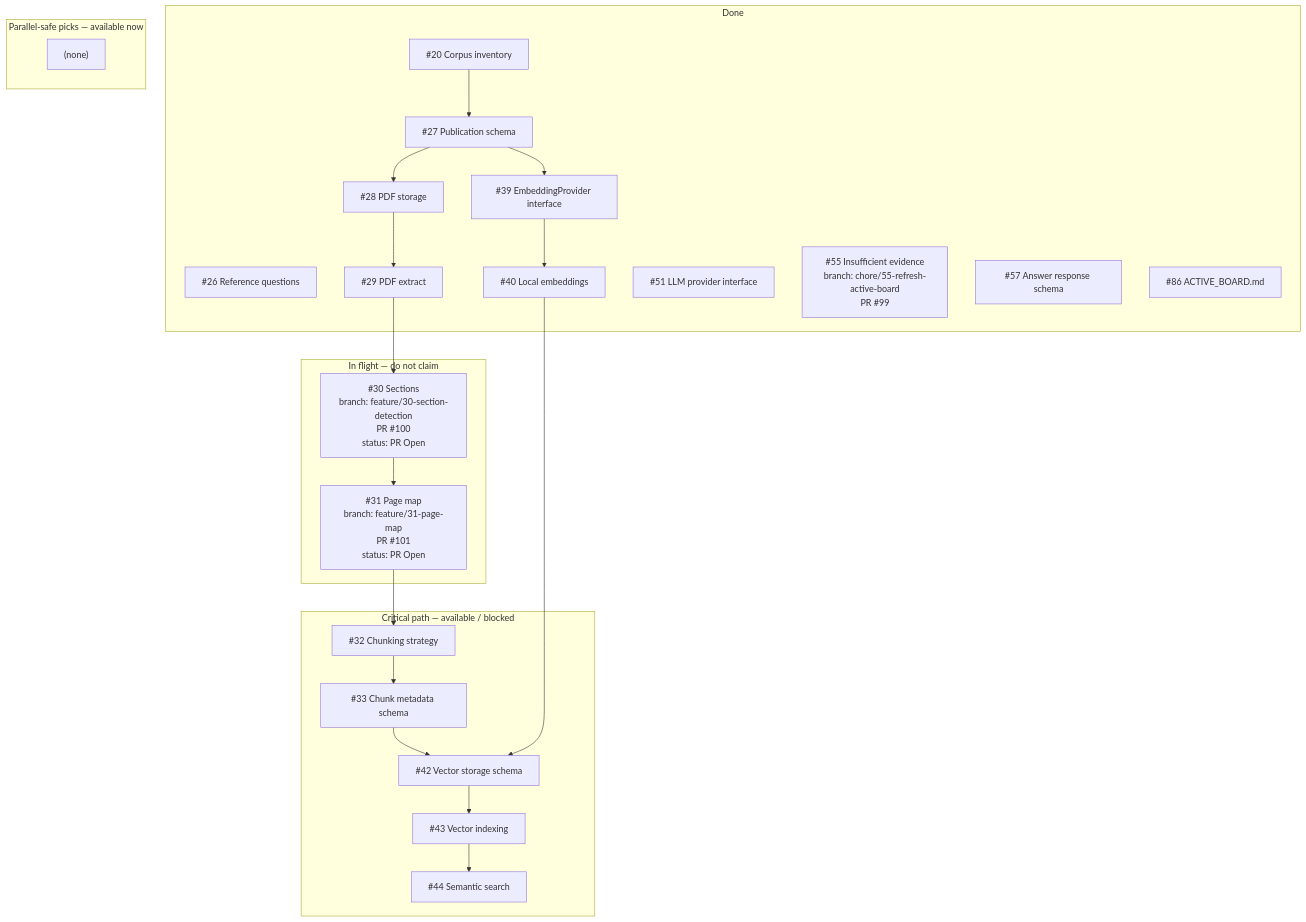
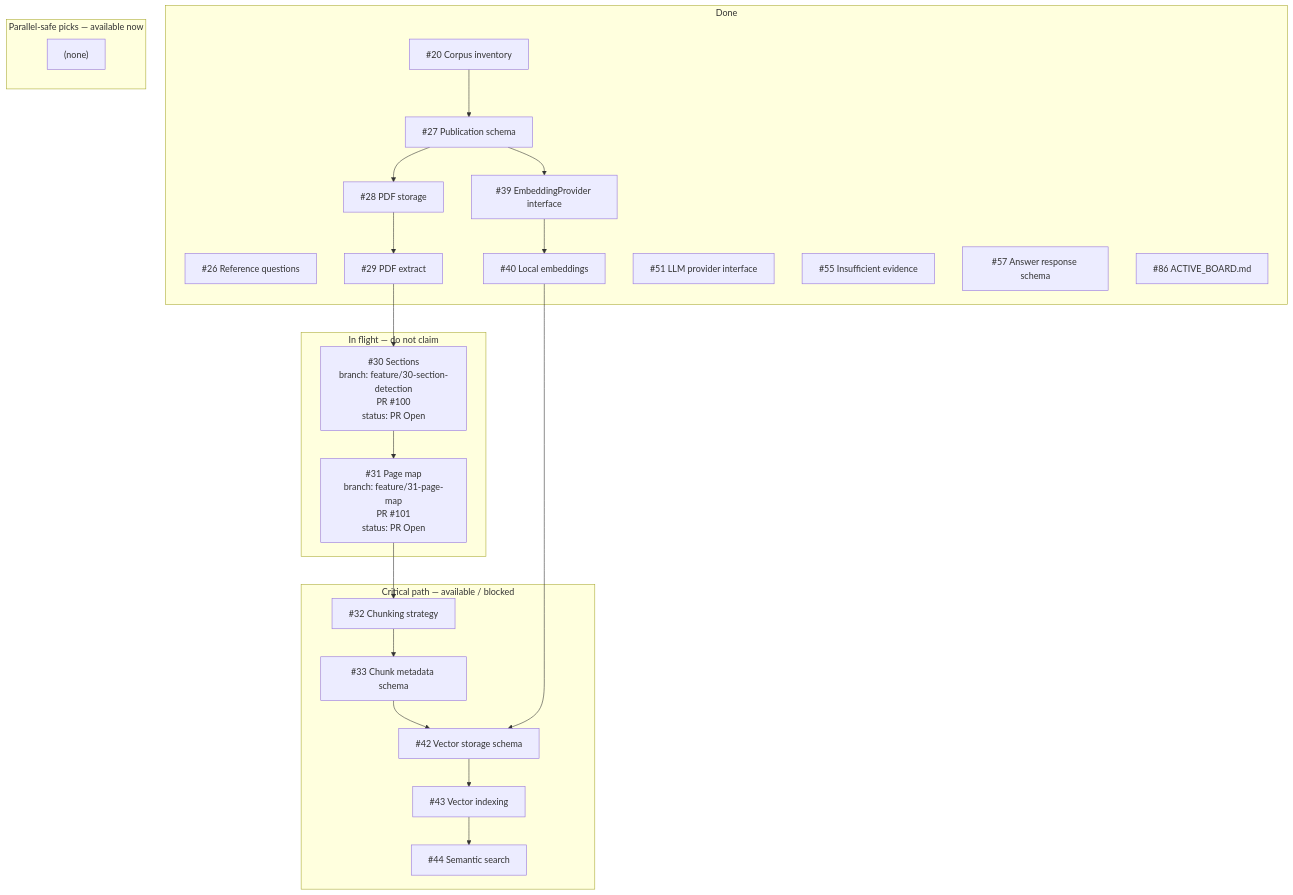
One commit to bluefate/spacebio-evidence-engine changed the diagram in docs/development/ACTIVE_BOARD.md. Above: the diagram before and after it, drawn with Mermaid. The commit also changed 5 other files, not shown here.

````diff
--- a/docs/development/ACTIVE_BOARD.md
+++ b/docs/development/ACTIVE_BOARD.md
@@ -61,43 +61,43 @@
 ```mermaid
 flowchart TB
   subgraph done [Done]
     i20["#20 Corpus inventory"]
     i26["#26 Reference questions"]
     i27["#27 Publication schema"]
     i28["#28 PDF storage"]
     i29["#29 PDF extract"]
     i39["#39 EmbeddingProvider interface"]
     i40["#40 Local embeddings"]
     i51["#51 LLM provider interface"]
-    i55["#55 Insufficient evidence<br/>branch: chore/55-refresh-active-board<br/>PR #99"]
+    i55["#55 Insufficient evidence"]
     i57["#57 Answer response schema"]
     i86["#86 ACTIVE_BOARD.md"]
   end
   subgraph inflight [In flight — do not claim]
     i30["#30 Sections<br/>branch: feature/30-section-detection<br/>PR #100<br/>status: PR Open"]
     i31["#31 Page map<br/>branch: feature/31-page-map<br/>PR #101<br/>status: PR Open"]
   end
   subgraph nextCritical [Critical path — available / blocked]
     i32["#32 Chunking strategy"]
     i33["#33 Chunk metadata schema"]
     i42["#42 Vector storage schema"]
     i43["#43 Vector indexing"]
     i44["#44 Semantic search"]
   end
   subgraph nextParallel [Parallel-safe picks — available now]
     nextParallel_empty["(none)"]
   end
   i20 --> i27
   i27 --> i28
   i28 --> i29
   i29 --> i30
   i30 --> i31
   i31 --> i32
   i32 --> i33
   i33 --> i42
   i27 --> i39
   i39 --> i40
   i40 --> i42
   i42 --> i43
   i43 --> i44
 ```
````
